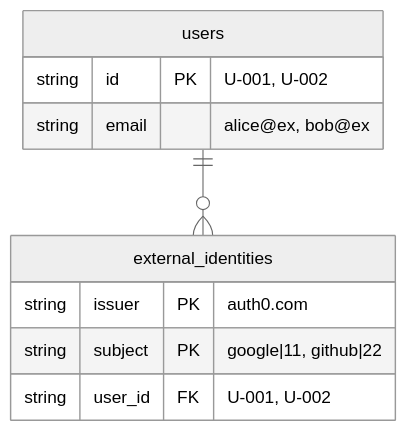
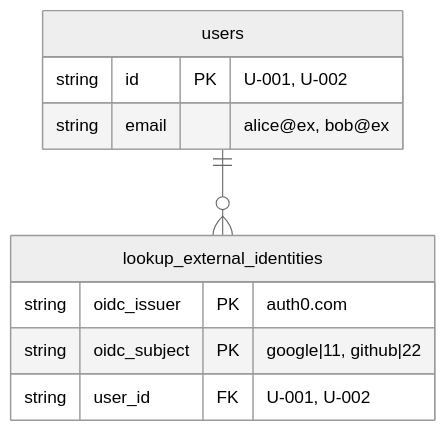
One commit to azarasi1226/momiji changed the fourth of 4 diagrams in README.md. Above: the diagram before and after it, drawn with Mermaid (neutral theme). The commit also changed 20 other files, not shown here.

````diff
--- a/README.md
+++ b/README.md
@@ -120,13 +120,13 @@
 ```mermaid
 erDiagram
     users {
         string id PK "U-001, U-002"
         string email "alice@ex, bob@ex"
     }
-    external_identities {
-        string issuer PK "auth0.com"
-        string subject PK "google|11, github|22"
+    lookup_external_identities {
+        string oidc_issuer PK "auth0.com"
+        string oidc_subject PK "google|11, github|22"
         string user_id FK "U-001, U-002"
     }
-    users ||--o{ external_identities : ""
+    users ||--o{ lookup_external_identities : ""
 ```
````
